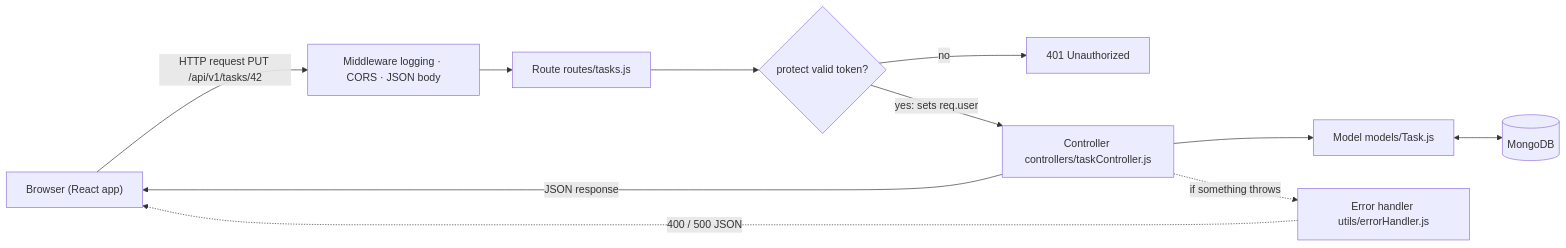
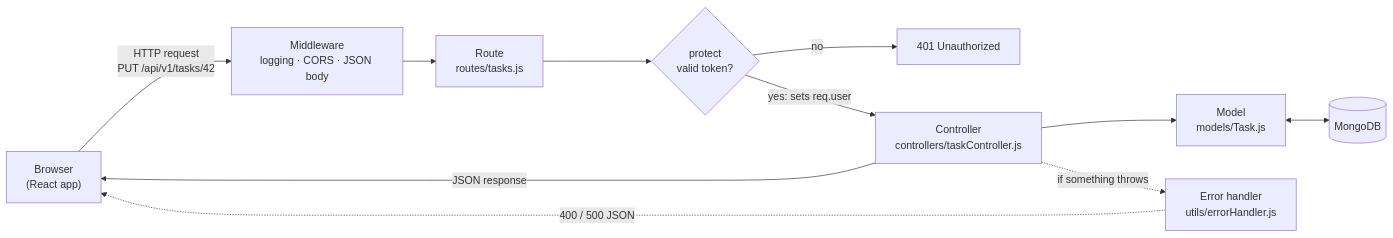
One commit to KEX-03/taskflow changed the diagram in docs/ARCHITECTURE.md. Above: the diagram before and after it, drawn with Mermaid. The commit also changed other lines of this file and 3 other files, not shown here.

Commit message:
docs: keep only the doc and app.js changes the API tests need

````diff
--- a/docs/ARCHITECTURE.md
+++ b/docs/ARCHITECTURE.md
@@ -21,13 +21,13 @@
 ```mermaid
 flowchart LR
-    B["Browser (React app)"] -->|"HTTP request PUT /api/v1/tasks/42"| M["Middleware logging · CORS · JSON body"]
-    M --> R["Route routes/tasks.js"]
-    R --> P{"protect valid token?"}
+    B["Browser<br/>(React app)"] -->|"HTTP request<br/>PUT /api/v1/tasks/42"| M["Middleware<br/>logging · CORS · JSON body"]
+    M --> R["Route<br/>routes/tasks.js"]
+    R --> P{"protect<br/>valid token?"}
     P -->|no| E401["401 Unauthorized"]
-    P -->|"yes: sets req.user"| C["Controller controllers/taskController.js"]
-    C --> Mo["Model models/Task.js"]
+    P -->|"yes: sets req.user"| C["Controller<br/>controllers/taskController.js"]
+    C --> Mo["Model<br/>models/Task.js"]
     Mo <--> DB[("MongoDB")]
     C -->|"JSON response"| B
-    C -.->|"if something throws"| EH["Error handler utils/errorHandler.js"]
+    C -.->|"if something throws"| EH["Error handler<br/>utils/errorHandler.js"]
     EH -.->|"400 / 500 JSON"| B
 ```
````
